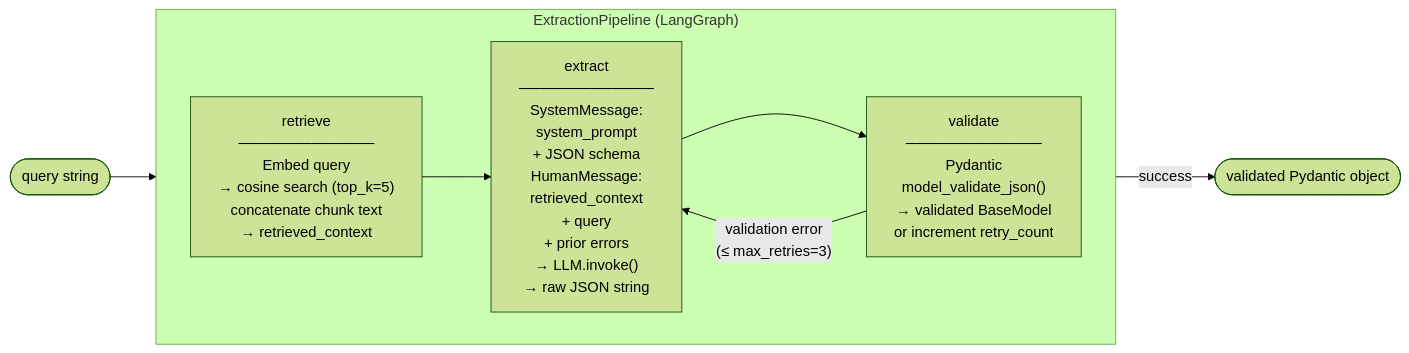
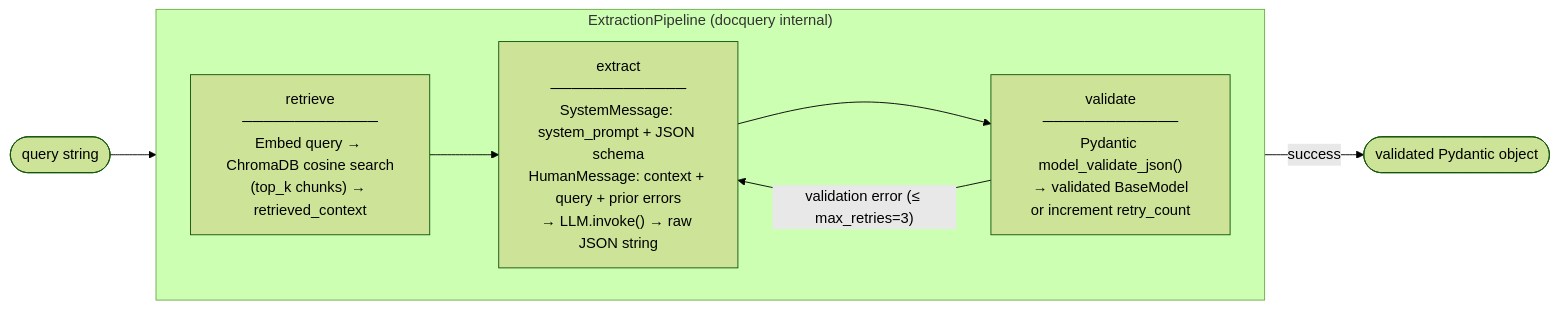
One commit to GSBhub/Rosetta changed the second of 4 diagrams in docs/data-flow.md. Above: the diagram before and after it, drawn with Mermaid (forest theme). The commit also changed other lines of this file and 80 other files, not shown here.

First line of the commit message:
Decompose pipeline into LangGraph node packages, migrate to ChromaDB

````diff
--- a/docs/data-flow.md
+++ b/docs/data-flow.md
@@ -67,17 +72,17 @@
 ```mermaid
 flowchart LR
     START(["query string"])
 
-    subgraph EP["ExtractionPipeline  (LangGraph)"]
+    subgraph EP["ExtractionPipeline  (docquery internal)"]
         direction LR
-        RET["retrieve\n─────────────\nEmbed query\n→ cosine search (top_k=5)\nconcatenate chunk text\n→ retrieved_context"]
-        EXT["extract\n─────────────\nSystemMessage:\n  system_prompt\n  + JSON schema\nHumanMessage:\n  retrieved_context\n  + query\n  + prior errors\n→ LLM.invoke()\n→ raw JSON string"]
-        VAL["validate\n─────────────\nPydantic\nmodel_validate_json()\n→ validated BaseModel\nor increment retry_count"]
+        RET["retrieve\n─────────────\nEmbed query → ChromaDB cosine search\n(top_k chunks) → retrieved_context"]
+        EXT["extract\n─────────────\nSystemMessage: system_prompt + JSON schema\nHumanMessage: context + query + prior errors\n→ LLM.invoke() → raw JSON string"]
+        VAL["validate\n─────────────\nPydantic model_validate_json()\n→ validated BaseModel\nor increment retry_count"]
         RET --> EXT --> VAL
-        VAL -->|"validation error\n(≤ max_retries=3)"| EXT
+        VAL -->|"validation error (≤ max_retries=3)"| EXT
     end
 
     DONE(["validated Pydantic object"])
     START --> RET
     VAL -->|success| DONE
 ```
````
